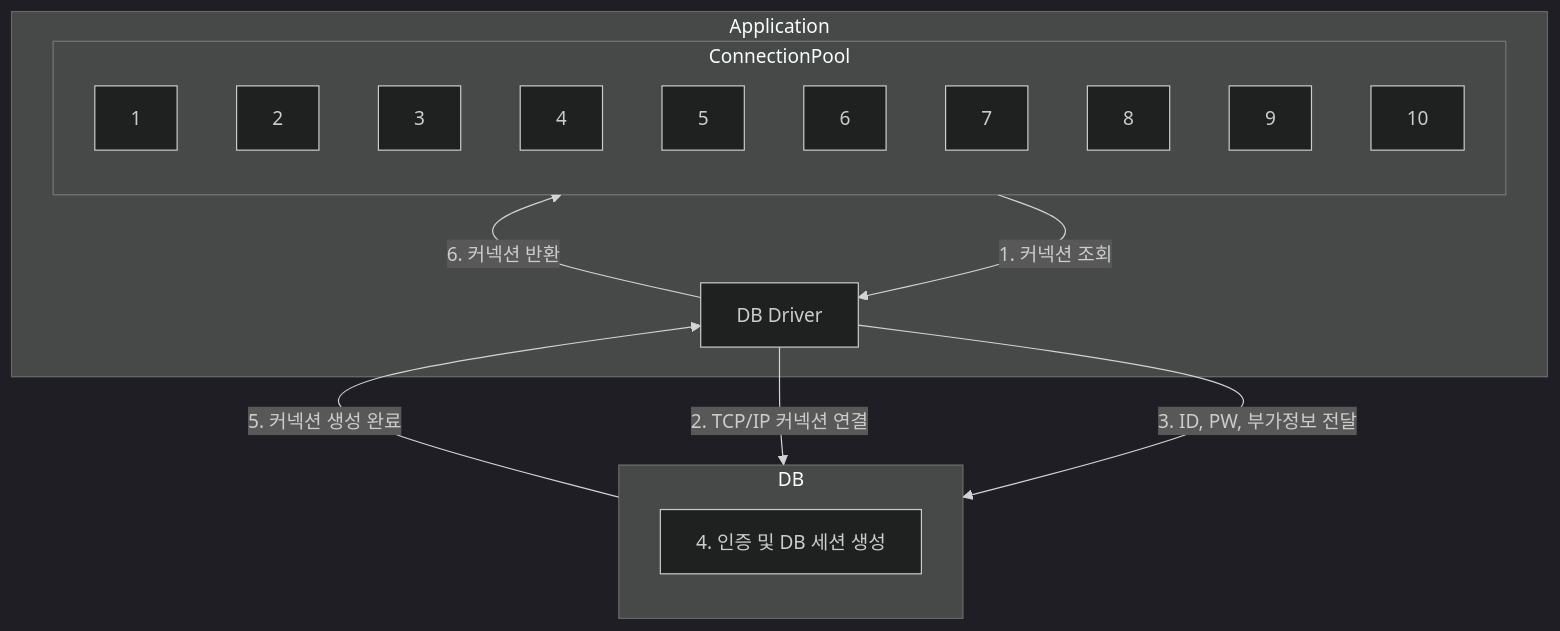
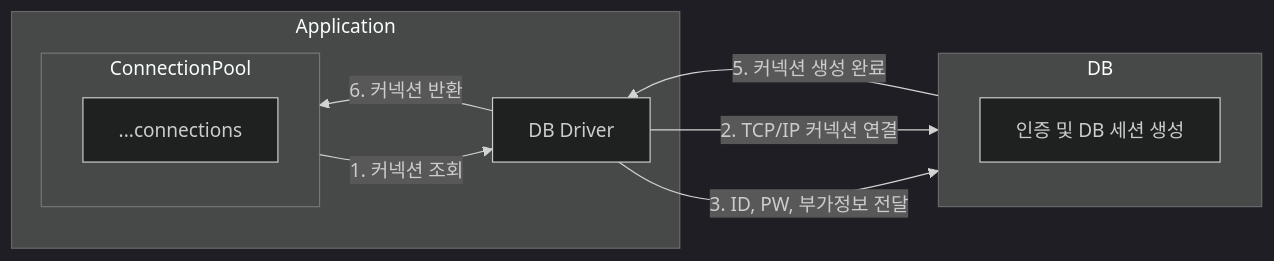
The second of 3 diagrams in content/Resources/프로그래밍/Java/김영한의 스프링/DB 1편/2. 커넥션 풀과 데이터소스 이해.md (choiexe1/blog), drawn with Mermaid (dark theme) before and after one commit. The commit also changed other lines of this file, not shown here.

Commit message:
vault backup: 2024-12-12 14:39:34

````diff
--- a/content/Resources/프로그래밍/Java/김영한의 스프링/DB 1편/2. 커넥션 풀과 데이터소스 이해.md
+++ b/content/Resources/프로그래밍/Java/김영한의 스프링/DB 1편/2. 커넥션 풀과 데이터소스 이해.md
@@ -53,29 +53,20 @@
 ```mermaid
-graph BT
+graph RL
 subgraph Application
 	Driver[DB Driver]
 	subgraph ConnectionPool
-		1
-		2
-		3
-		4
-		5
-		6
-		7
-		8
-		9
-		10
+		...connections
 	end
 end
 
 subgraph DB
-	Auth[4. 인증 및 DB 세션 생성]
+	Auth[인증 및 DB 세션 생성]
 end
 
 ConnectionPool -->|1. 커넥션 조회| Driver
+Driver -->|6. 커넥션 반환| ConnectionPool
 Driver -->|2. TCP/IP 커넥션 연결| DB
 Driver -->|3. ID, PW, 부가정보 전달| DB
 DB -->|5. 커넥션 생성 완료| Driver
-Driver -->|6. 커넥션 반환| ConnectionPool
 
 ```
````
